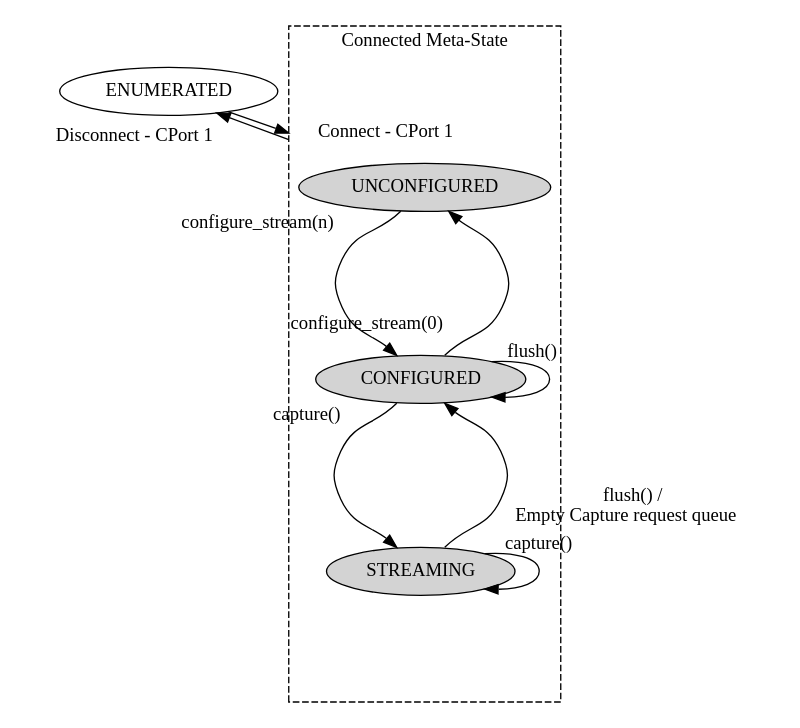
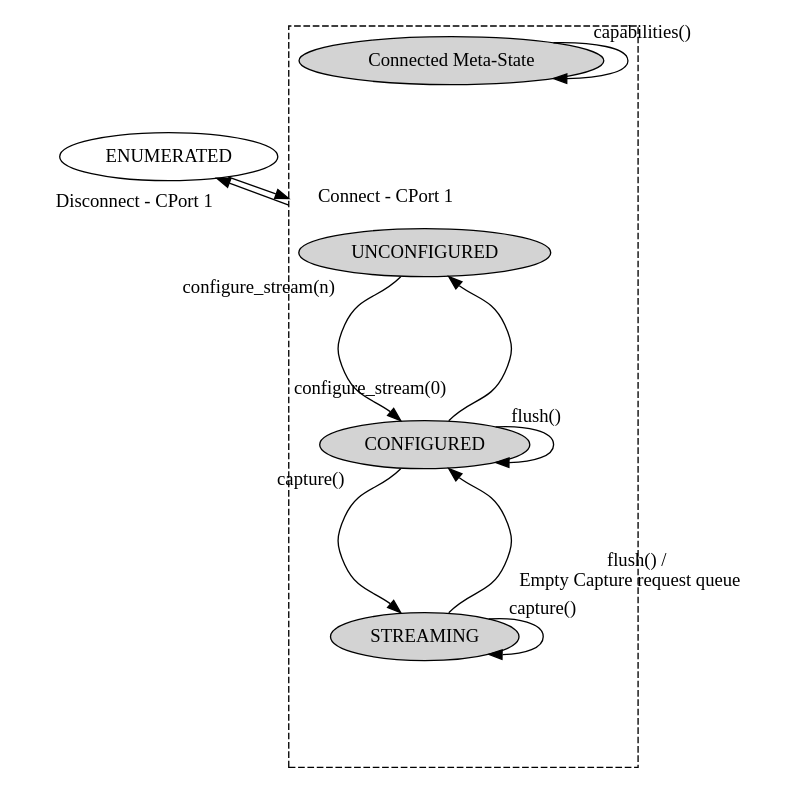
The diagram in source/img/dot/camera-operational-model.dot (projectara/greybus-spec), drawn with Graphviz before and after one commit. The commit also changed 1 other file, not shown here.

```diff
--- a/source/img/dot/camera-operational-model.dot
+++ b/source/img/dot/camera-operational-model.dot
@@ -1,45 +1,47 @@
 digraph {
     graph [compound=true];
     node [group=trunk];
 
     "ENUMERATED";
     "GHOST" [style=invisible];
 
     subgraph cluster_Connected {
         node [style=filled];
-        label="Connected Meta-State";
-        labelloc=t
         style="dashed";
 
+        "CONNECTED" [label="Connected Meta-State"]
         "GHOSTHEAD" [style=invisible];
         "UNCONFIGURED";
         "GHOST1" [style=invisible];
         "CONFIGURED";
         "GHOST2" [style=invisible];
         "STREAMING";
         "GHOST3" [style=invisible];
     }
+
+    CONNECTED -> GHOSTHEAD [style = invis]
+    CONNECTED -> CONNECTED [xlabel = "     capabilities()   "]
 
     ENUMERATED -> UNCONFIGURED [lhead=cluster_Connected, xlabel="        Connect - CPort 1 "];
     UNCONFIGURED -> ENUMERATED [ltail=cluster_Connected xlabel="    Disconnect - CPort 1   "];
     ENUMERATED -> GHOST [style = invis]
     GHOST -> UNCONFIGURED [style = invis]
 
     GHOSTHEAD -> UNCONFIGURED [style = invis]
     UNCONFIGURED:sw -> CONFIGURED:nw [xlabel="  configure_stream(n)  "]
 
     UNCONFIGURED -> GHOST1 [style = invis]
     GHOST1 -> CONFIGURED [style = invis]
 
     CONFIGURED:ne -> UNCONFIGURED:se [xlabel="  configure_stream(0)  "]
     CONFIGURED -> CONFIGURED   [xlabel="  flush()  "]
     CONFIGURED:sw -> STREAMING:nw    [xlabel="  capture()  "]
 
     CONFIGURED -> GHOST2 [style = invis]
     GHOST2 -> STREAMING [style = invis]
 
     STREAMING:ne -> CONFIGURED:se    [xlabel="  flush() /\n Empty Capture request queue  " labeldistance=10]
     STREAMING -> STREAMING     [xlabel="  capture()  "]
 
     STREAMING -> GHOST3 [style = invis]
 }
```
